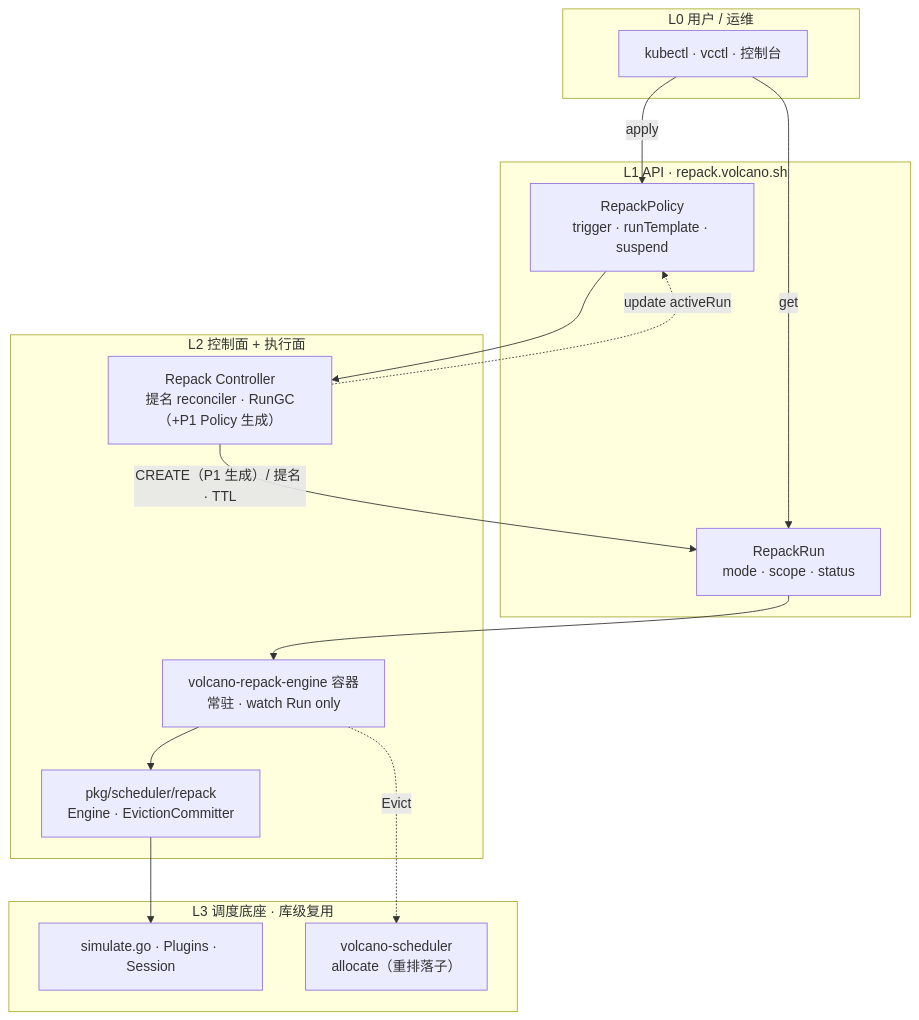
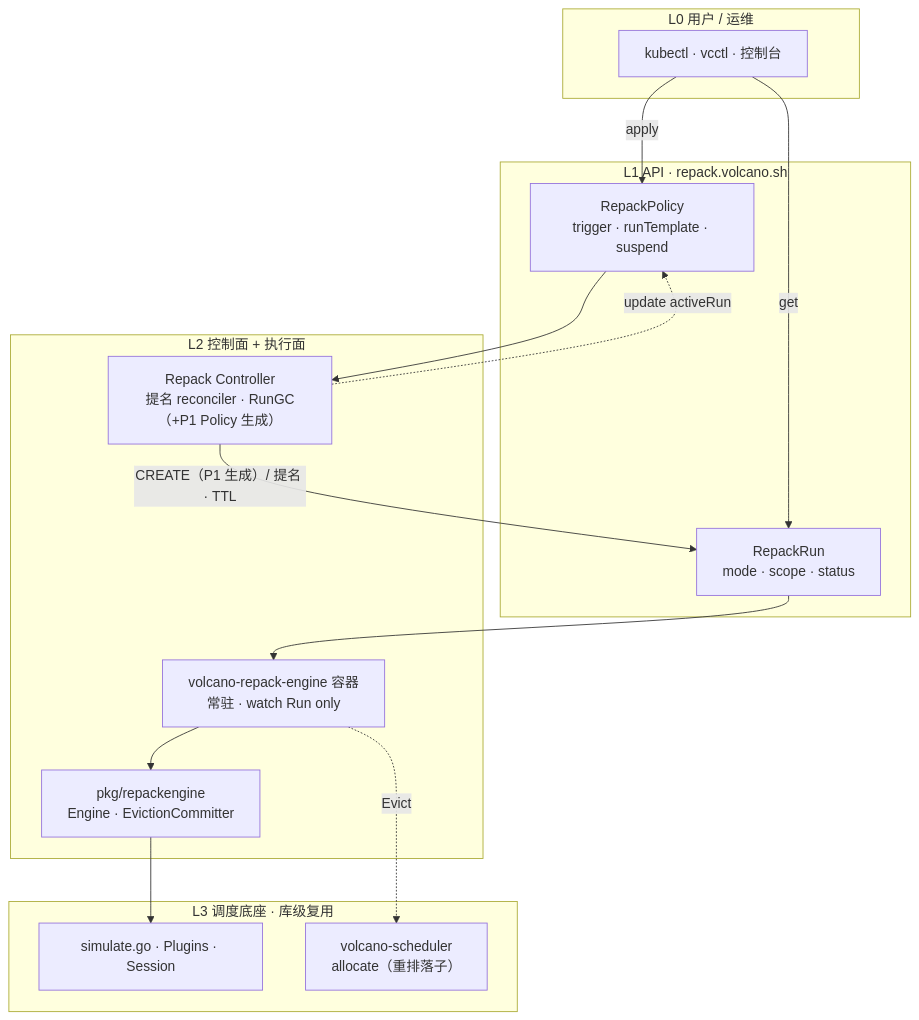
Before and after one commit to wangyang0616/volcano: diagram 14 of 21 in docs/design/repack-policy-design.md, drawn with Mermaid. The commit also changed other lines of this file and 16 other files, not shown here.

````diff
--- a/docs/design/repack-policy-design.md
+++ b/docs/design/repack-policy-design.md
@@ -2566,32 +2567,32 @@
 ```mermaid
 flowchart TB
     subgraph L0["L0 用户 / 运维"]
         U["kubectl · vcctl · 控制台"]
     end
 
     subgraph L1["L1 API · repack.volcano.sh"]
         RP["RepackPolicy<br/>trigger · runTemplate · suspend"]
         RR["RepackRun<br/>mode · scope · status"]
     end
 
     subgraph L2["L2 控制面 + 执行面"]
         CTRL["Repack Controller<br/>提名 reconciler · RunGC（+P1 Policy 生成）"]
         VR["volcano-repack-engine 容器<br/>常驻 · watch Run only"]
-        LIB["pkg/scheduler/repack<br/>Engine · EvictionCommitter"]
+        LIB["pkg/repackengine<br/>Engine · EvictionCommitter"]
     end
 
     subgraph L3["L3 调度底座 · 库级复用"]
         BASE["simulate.go · Plugins · Session"]
         VS["volcano-scheduler<br/>allocate（重排落子）"]
     end
 
     U -->|apply| RP
     U -->|get| RR
     RP --> CTRL
     CTRL -->|CREATE（P1 生成）/ 提名 · TTL| RR
     CTRL -.->|update activeRun| RP
     RR --> VR
     VR --> LIB
     LIB --> BASE
     VR -.->|Evict| VS
 ```
````
